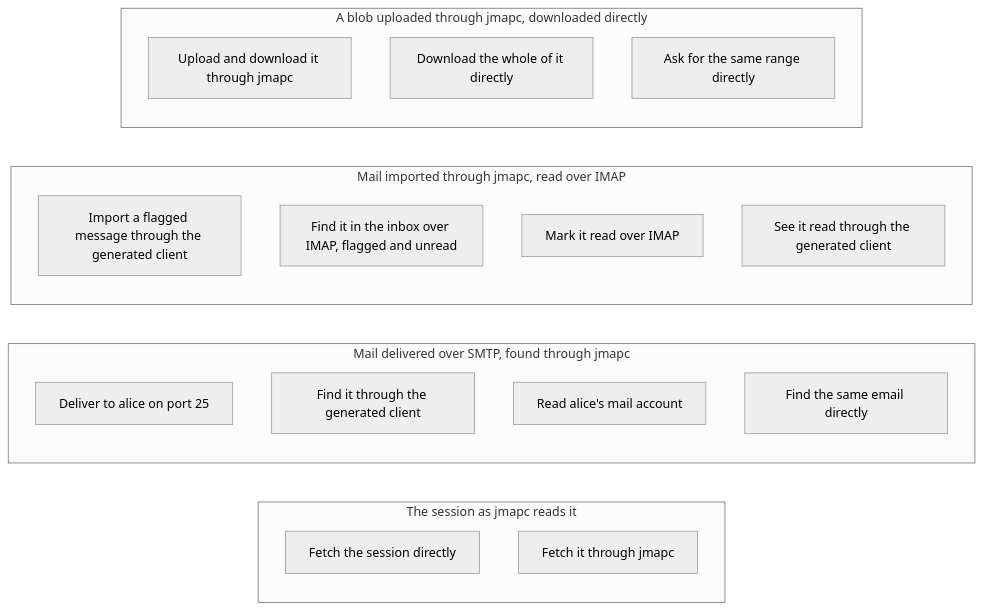
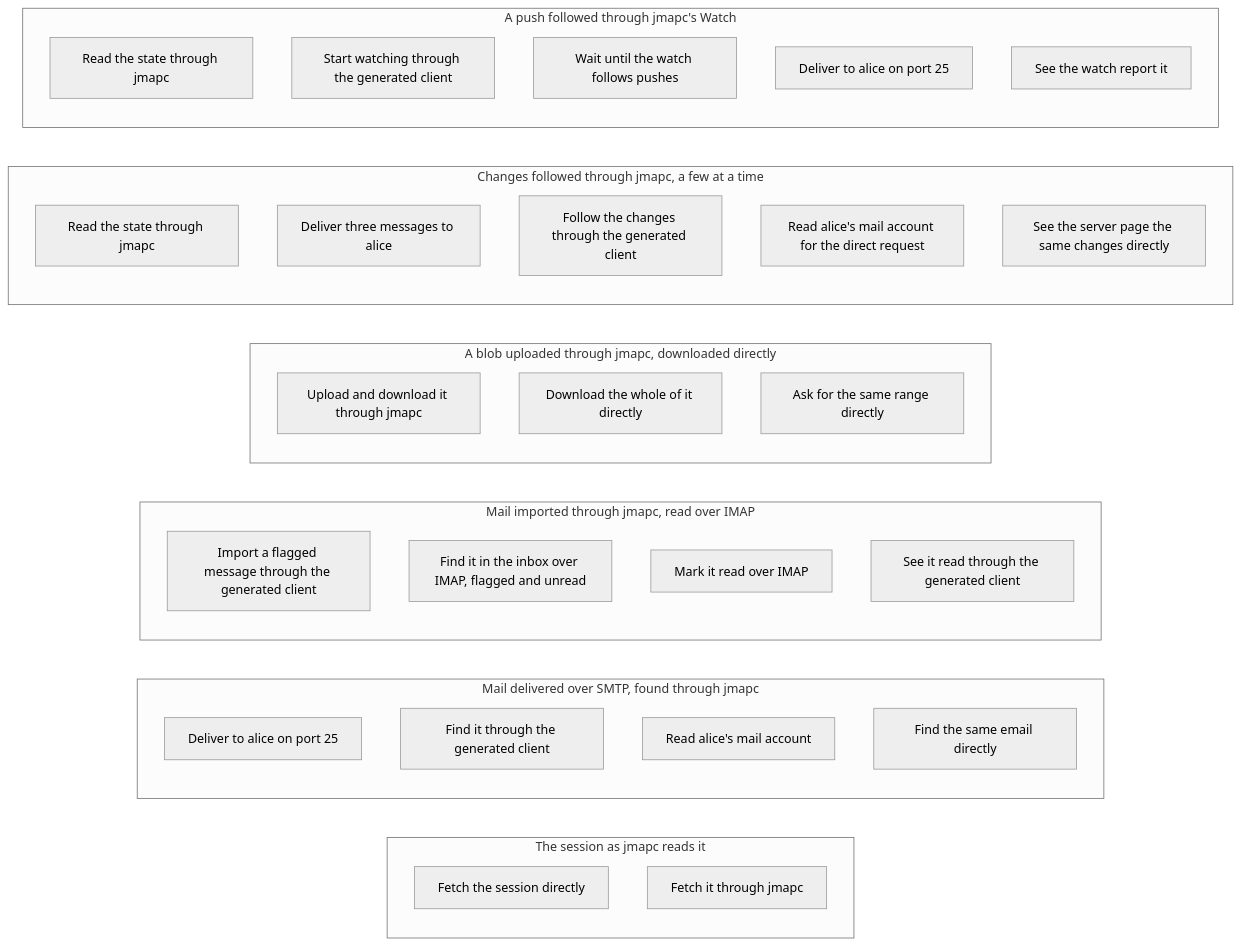
The second of 2 diagrams in docs/content/en/contributing.md (linyows/jmapc), drawn with Mermaid (neutral theme) before and after one commit. The commit also changed other lines of this file and 9 other files, not shown here.

````diff
--- a/docs/content/en/contributing.md
+++ b/docs/content/en/contributing.md
@@ -68,24 +70,38 @@
 ```mermaid
 flowchart LR
     subgraph job_0["The session as jmapc reads it"]
         job_0_step0["Fetch the session directly"]
         job_0_step1["Fetch it through jmapc"]
     end
     subgraph job_1["Mail delivered over SMTP, found through jmapc"]
         job_1_step0["Deliver to alice on port 25"]
         job_1_step1["Find it through the generated client"]
         job_1_step2["Read alice's mail account"]
         job_1_step3["Find the same email directly"]
     end
     subgraph job_2["Mail imported through jmapc, read over IMAP"]
         job_2_step0["Import a flagged message through the generated client"]
         job_2_step1["Find it in the inbox over IMAP, flagged and unread"]
         job_2_step2["Mark it read over IMAP"]
         job_2_step3["See it read through the generated client"]
     end
     subgraph job_3["A blob uploaded through jmapc, downloaded directly"]
         job_3_step0["Upload and download it through jmapc"]
         job_3_step1["Download the whole of it directly"]
         job_3_step2["Ask for the same range directly"]
     end
+    subgraph job_4["Changes followed through jmapc, a few at a time"]
+        job_4_step0["Read the state through jmapc"]
+        job_4_step1["Deliver three messages to alice"]
+        job_4_step2["Follow the changes through the generated client"]
+        job_4_step3["Read alice's mail account for the direct request"]
+        job_4_step4["See the server page the same changes directly"]
+    end
+    subgraph job_5["A push followed through jmapc's Watch"]
+        job_5_step0["Read the state through jmapc"]
+        job_5_step1["Start watching through the generated client"]
+        job_5_step2["Wait until the watch follows pushes"]
+        job_5_step3["Deliver to alice on port 25"]
+        job_5_step4["See the watch report it"]
+    end
 ```
````
